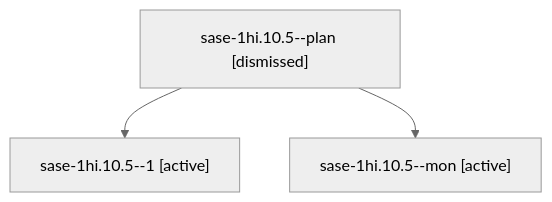
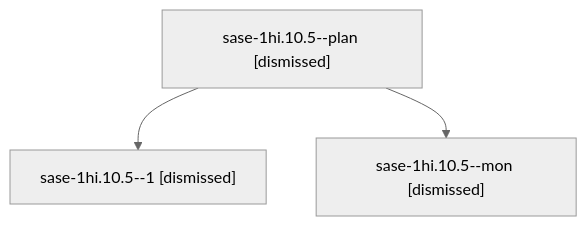
Before and after one commit to sase-org/sase--agents: the diagram in sessions/bbugyi200.apollo.sase-1hi.10.5.md, drawn with Mermaid (neutral theme). The commit also changed other lines of this file and 231 other files, not shown here.

````diff
--- a/sessions/bbugyi200.apollo.sase-1hi.10.5.md
+++ b/sessions/bbugyi200.apollo.sase-1hi.10.5.md
@@ -9,8 +9,8 @@
 ```mermaid
 flowchart TD
   n0["sase-1hi.10.5--plan [dismissed]"]
-  n1["sase-1hi.10.5--1 [active]"]
+  n1["sase-1hi.10.5--1 [dismissed]"]
   n0 --> n1
-  n2["sase-1hi.10.5--mon [active]"]
+  n2["sase-1hi.10.5--mon [dismissed]"]
   n0 --> n2
 ```
````
